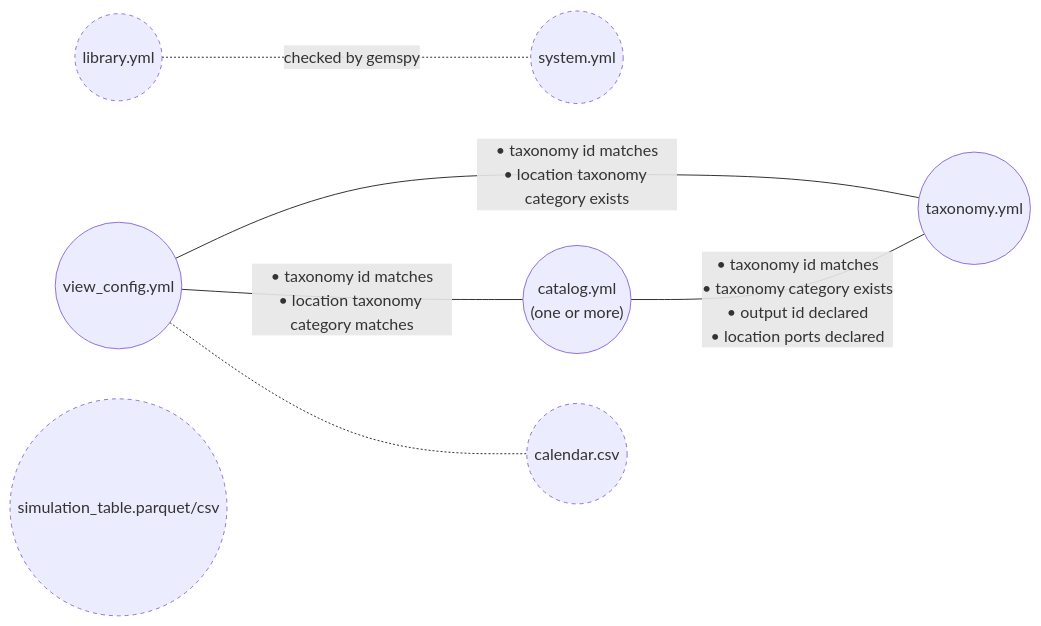
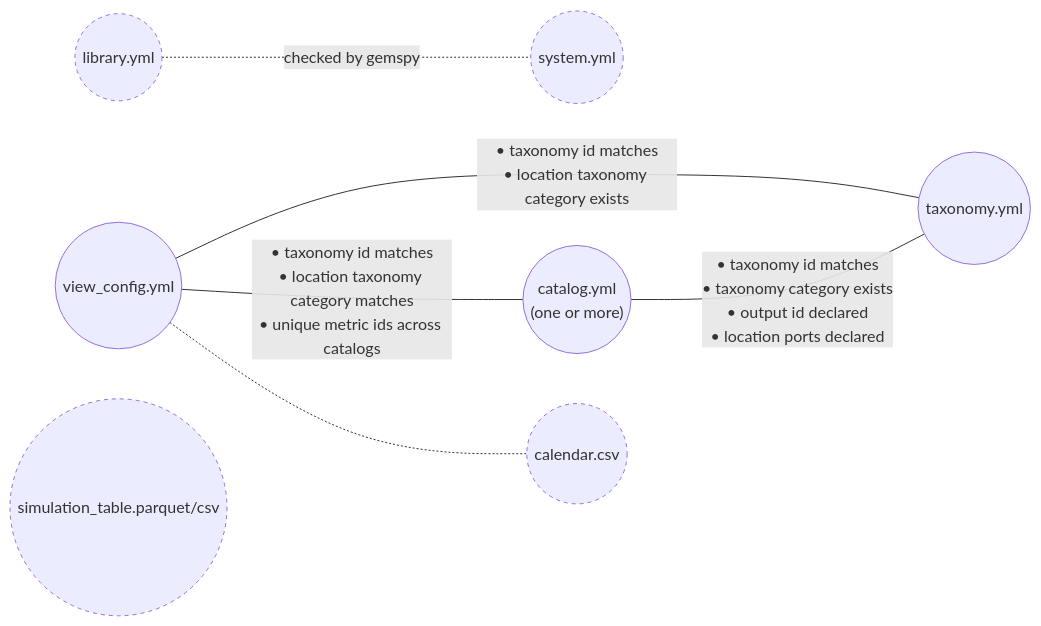
One commit to AntaresSimulatorTeam/GEMS-ViewsBuilder changed the diagram in docs/input_validation_diagram.md. Above: the diagram before and after it, drawn with Mermaid. The commit also changed other lines of this file and 3 other files, not shown here.

First line of the commit message:
feat(validation): enforce unique metric IDs across catalogs

````diff
--- a/docs/input_validation_diagram.md
+++ b/docs/input_validation_diagram.md
@@ -6,20 +6,20 @@
 ```mermaid
 graph LR
     catalog(("catalog.yml<br/>(one or more)"))
     taxonomy(("taxonomy.yml"))
     view_config(("view_config.yml"))
     library(("library.yml"))
     system(("system.yml"))
     simulation_table(("simulation_table.parquet/csv"))
     calendar(("calendar.csv"))
 
     catalog -- "• taxonomy id matches<br/>• taxonomy category exists<br/>• output id declared<br/>• location ports declared" --- taxonomy
     view_config -- "• taxonomy id matches<br/>• location taxonomy category exists" --- taxonomy
-    view_config -- "• taxonomy id matches<br/>• location taxonomy category matches" --- catalog
+    view_config -- "• taxonomy id matches<br/>• location taxonomy category matches<br/>• unique metric ids across catalogs" --- catalog
 
     library -. "checked by gemspy" .- system
     view_config -.- calendar
 
     classDef unvalidated stroke-dasharray: 4 4;
     class library,system,simulation_table,calendar unvalidated;
 ```
````
